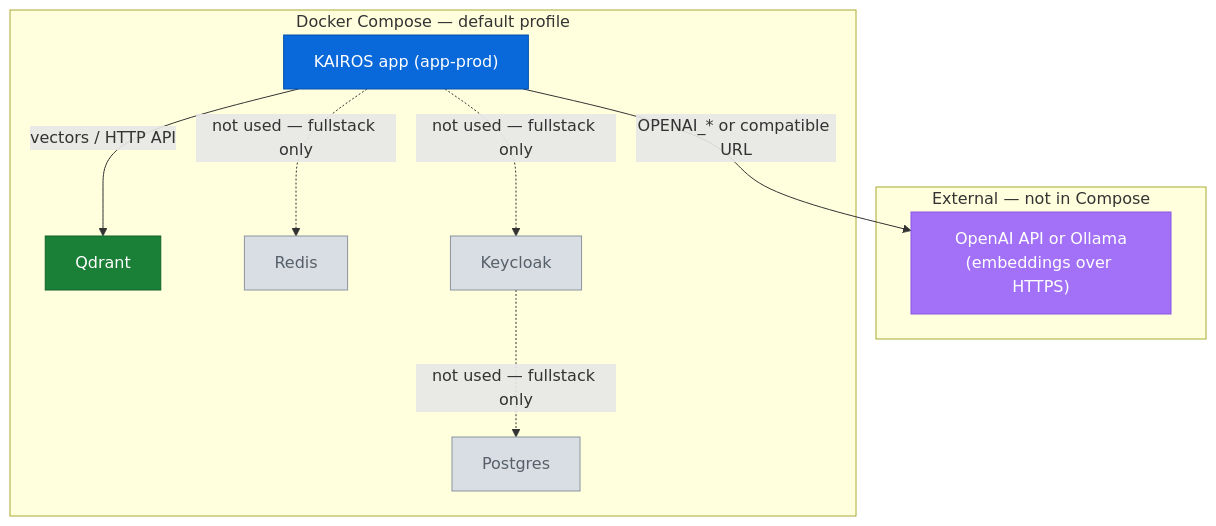
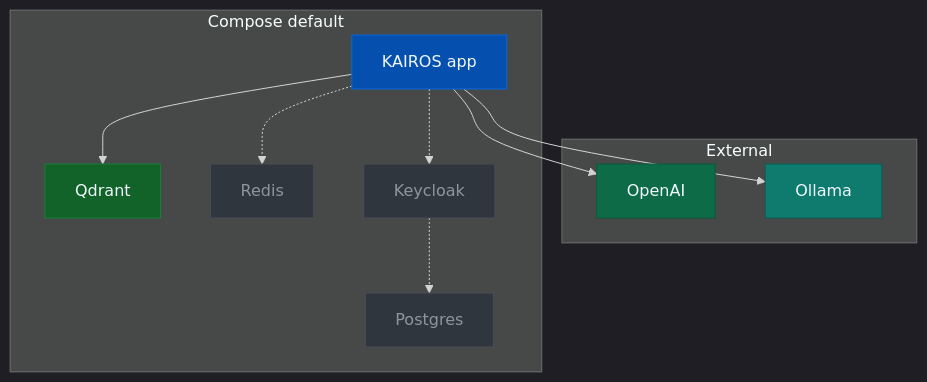
The diagram in docs/install/docker-compose-simple.md (debian777/kairos-mcp), drawn with Mermaid before and after one commit. The commit also changed other lines of this file and 28 other files, not shown here.

````diff
--- a/docs/install/docker-compose-simple.md
+++ b/docs/install/docker-compose-simple.md
@@ -145,28 +11,33 @@
 ```mermaid
+%%{init: {'theme': 'dark'}}%%
 flowchart TB
-  subgraph ext ["External — not in Compose"]
-    emb["OpenAI API or Ollama<br/>(embeddings over HTTPS)"]
+  subgraph ext ["External"]
+    openai["OpenAI"]
+    ollama["Ollama"]
   end
-  subgraph dc ["Docker Compose — default profile"]
-    app["KAIROS app (app-prod)"]
+  subgraph dc ["Compose default"]
+    app["KAIROS app"]
     qdrant["Qdrant"]
     redis["Redis"]
     pg["Postgres"]
     kc["Keycloak"]
   end
-  app -->|"vectors / HTTP API"| qdrant
-  app -.->|"not used — fullstack only"| redis
-  app -.->|"not used — fullstack only"| kc
-  kc -.->|"not used — fullstack only"| pg
-  app -->|"OPENAI_* or compatible URL"| emb
+  app --> qdrant
+  app -.-> redis
+  app -.-> kc
+  kc -.-> pg
+  app --> openai
+  app --> ollama
 
-  classDef ext fill:#a371f7,stroke:#8957e5,color:#fff
-  classDef appN fill:#0969da,stroke:#0550ae,color:#fff
-  classDef vector fill:#1a7f37,stroke:#116329,color:#fff
-  classDef muted fill:#d8dee4,stroke:#8c959f,color:#57606a
+  classDef embOpenAI fill:#0d6b48,stroke:#0a5a3c,color:#f0f6fc
+  classDef embOllama fill:#0e7b6e,stroke:#0a5c52,color:#f0f6fc
+  classDef appN fill:#0550ae,stroke:#0969da,color:#f0f6fc
+  classDef vector fill:#116329,stroke:#1a7f37,color:#f0f6fc
+  classDef muted fill:#30363d,stroke:#484f58,color:#8d96a0
 
-  class emb ext
+  class openai embOpenAI
+  class ollama embOllama
   class app appN
   class qdrant vector
   class redis,pg,kc muted
 ```
````
